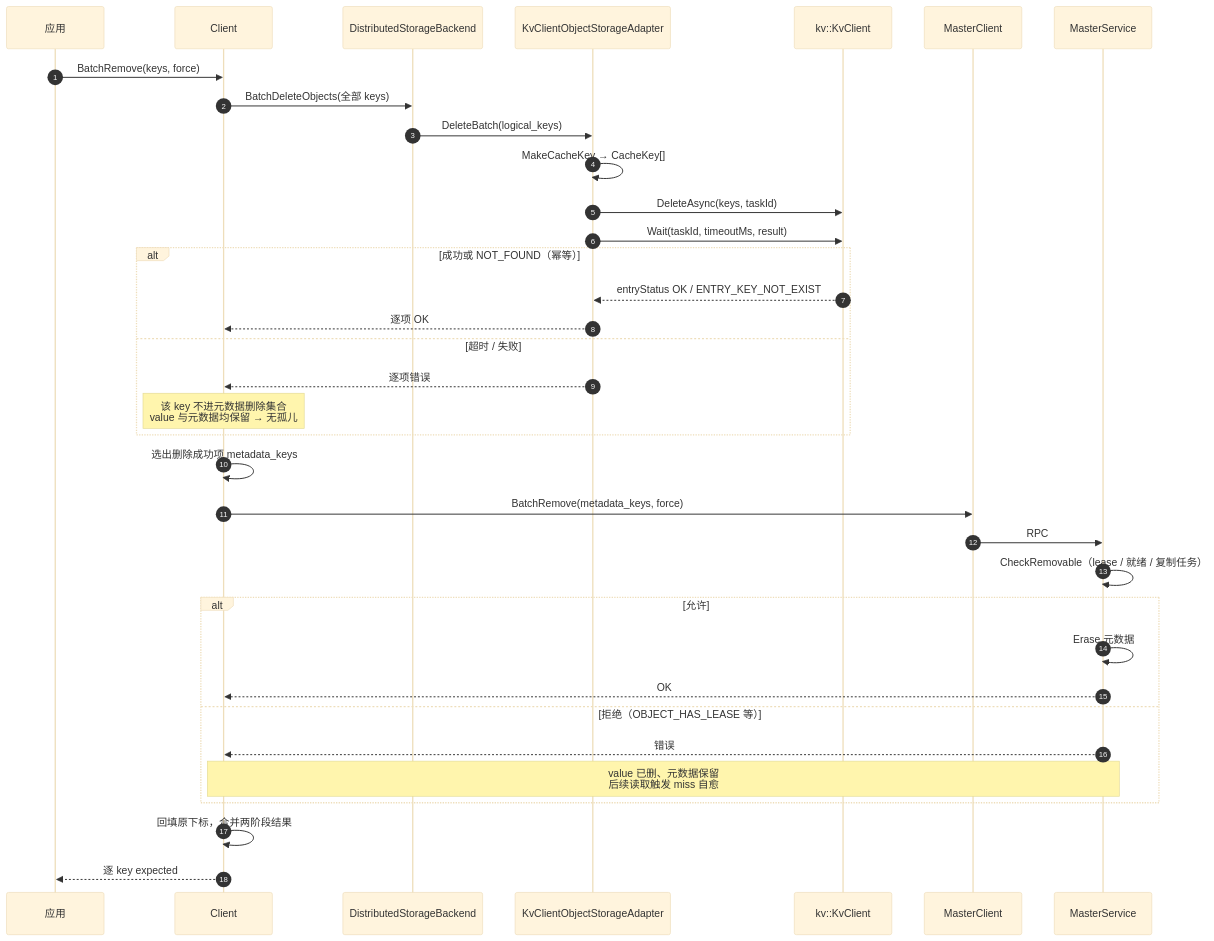
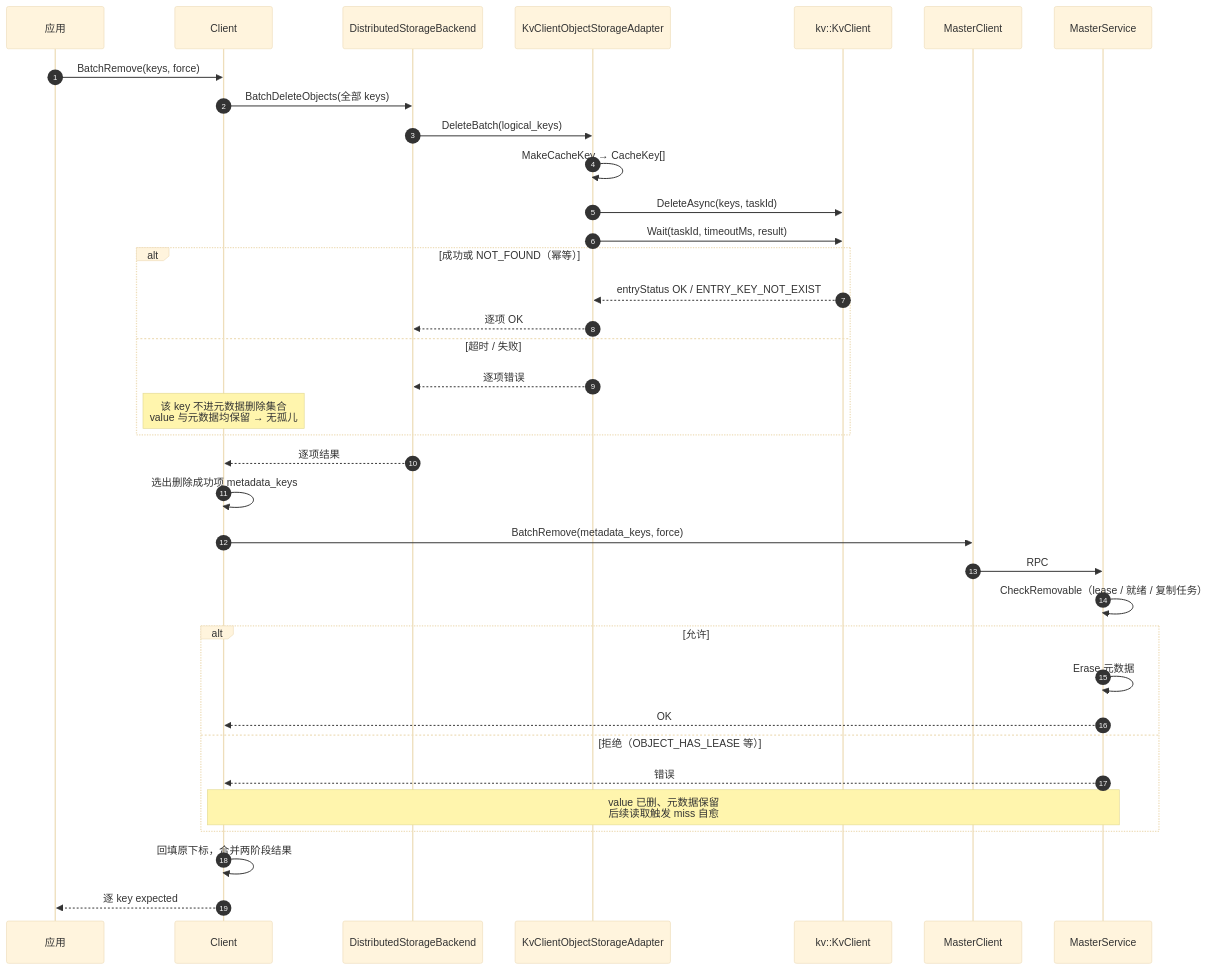
Diagram 11 of 13 in Mooncake + KVClient L3 接入（Kvcs）- v3.md (zwj20000328-dotcom/Mooncake-documents), drawn with Mermaid (base theme) before and after one commit. The commit also changed other lines of this file, not shown here.

````diff
--- a/Mooncake + KVClient L3 接入（Kvcs）- v3.md
+++ b/Mooncake + KVClient L3 接入（Kvcs）- v3.md
@@ -687,38 +682,39 @@
 ```mermaid
 sequenceDiagram
     autonumber
     participant APP as 应用
     participant C as Client
     participant BE as DistributedStorageBackend
     participant AD as KvClientObjectStorageAdapter
     participant SDK as kv::KvClient
     participant MC as MasterClient
     participant M as MasterService
 
     APP->>C: BatchRemove(keys, force)
     C->>BE: BatchDeleteObjects(全部 keys)
     BE->>AD: DeleteBatch(logical_keys)
     AD->>AD: MakeCacheKey → CacheKey[]
     AD->>SDK: DeleteAsync(keys, taskId)
     AD->>SDK: Wait(taskId, timeoutMs, result)
     alt 成功或 NOT_FOUND（幂等）
         SDK-->>AD: entryStatus OK / ENTRY_KEY_NOT_EXIST
-        AD-->>C: 逐项 OK
+        AD-->>BE: 逐项 OK
     else 超时 / 失败
-        AD-->>C: 逐项错误
+        AD-->>BE: 逐项错误
         Note over C: 该 key 不进元数据删除集合<br/>value 与元数据均保留 → 无孤儿
     end
+    BE-->>C: 逐项结果
     C->>C: 选出删除成功项 metadata_keys
     C->>MC: BatchRemove(metadata_keys, force)
     MC->>M: RPC
     M->>M: CheckRemovable（lease / 就绪 / 复制任务）
     alt 允许
         M->>M: Erase 元数据
         M-->>C: OK
     else 拒绝（OBJECT_HAS_LEASE 等）
         M-->>C: 错误
         Note over C,M:  value 已删、元数据保留<br/>后续读取触发 miss 自愈
     end
     C->>C: 回填原下标，合并两阶段结果
     C-->>APP: 逐 key expected
 ```
````
